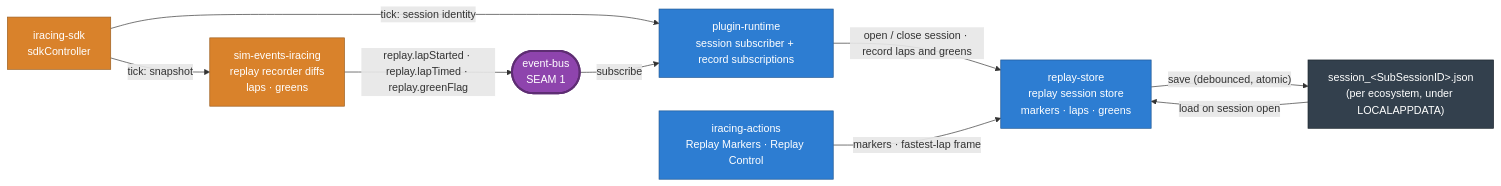
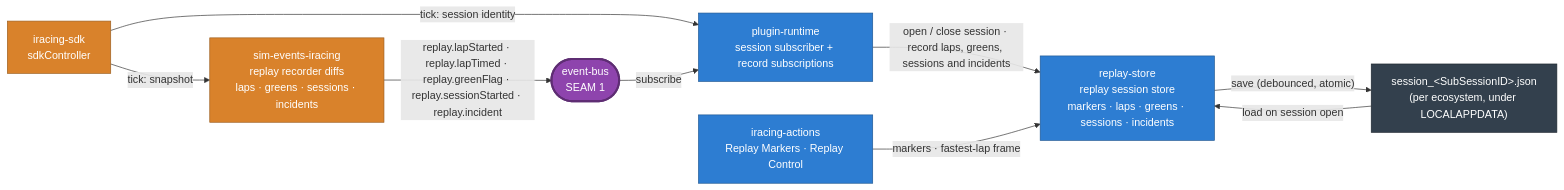
One commit to niklam/iracedeck changed the fifth of 8 diagrams in packages/website/src/content/docs/docs/development/architecture.md. Above: the diagram before and after it, drawn with Mermaid. The commit also changed other lines of this file and 1 other file, not shown here.

Commit message:
docs: the replay record also holds session starts and incidents (#1426)
The Architecture page and the project overview name the two new recorder
diffs, their bus events and the store sections they feed.

````diff
--- a/packages/website/src/content/docs/docs/development/architecture.md
+++ b/packages/website/src/content/docs/docs/development/architecture.md
@@ -209,24 +209,24 @@
 ```mermaid
 flowchart LR
   sdk["iracing-sdk<br/>sdkController"]:::sim
-  trans["sim-events-iracing<br/>replay recorder diffs<br/>laps · greens"]:::sim
+  trans["sim-events-iracing<br/>replay recorder diffs<br/>laps · greens · sessions · incidents"]:::sim
   bus(["event-bus<br/>SEAM 1"]):::seam
   plugin["plugin-runtime<br/>session subscriber + record subscriptions"]:::core
-  store["replay-store<br/>replay session store<br/>markers · laps · greens"]:::core
+  store["replay-store<br/>replay session store<br/>markers · laps · greens · sessions · incidents"]:::core
   file["session_&lt;SubSessionID&gt;.json<br/>(per ecosystem, under LOCALAPPDATA)"]:::ext
   actions["iracing-actions<br/>Replay Markers · Replay Control"]:::core
 
   sdk -->|"tick: session identity"| plugin
   sdk -->|"tick: snapshot"| trans
-  trans -->|"replay.lapStarted · replay.lapTimed · replay.greenFlag"| bus
+  trans -->|"replay.lapStarted · replay.lapTimed · replay.greenFlag · replay.sessionStarted · replay.incident"| bus
   bus -->|"subscribe"| plugin
-  plugin -->|"open / close session · record laps and greens"| store
+  plugin -->|"open / close session · record laps, greens, sessions and incidents"| store
   store -->|"save (debounced, atomic)"| file
   file -->|"load on session open"| store
   actions -->|"markers · fastest-lap frame"| store
 
   classDef ext fill:#33404d,color:#fff,stroke:#1d262e;
   classDef sim fill:#d9822b,color:#fff,stroke:#9c5e1f;
   classDef seam fill:#8e44ad,color:#fff,stroke:#5e2d73,stroke-width:3px;
   classDef core fill:#2d7dd2,color:#fff,stroke:#1f5793;
 ```
````
